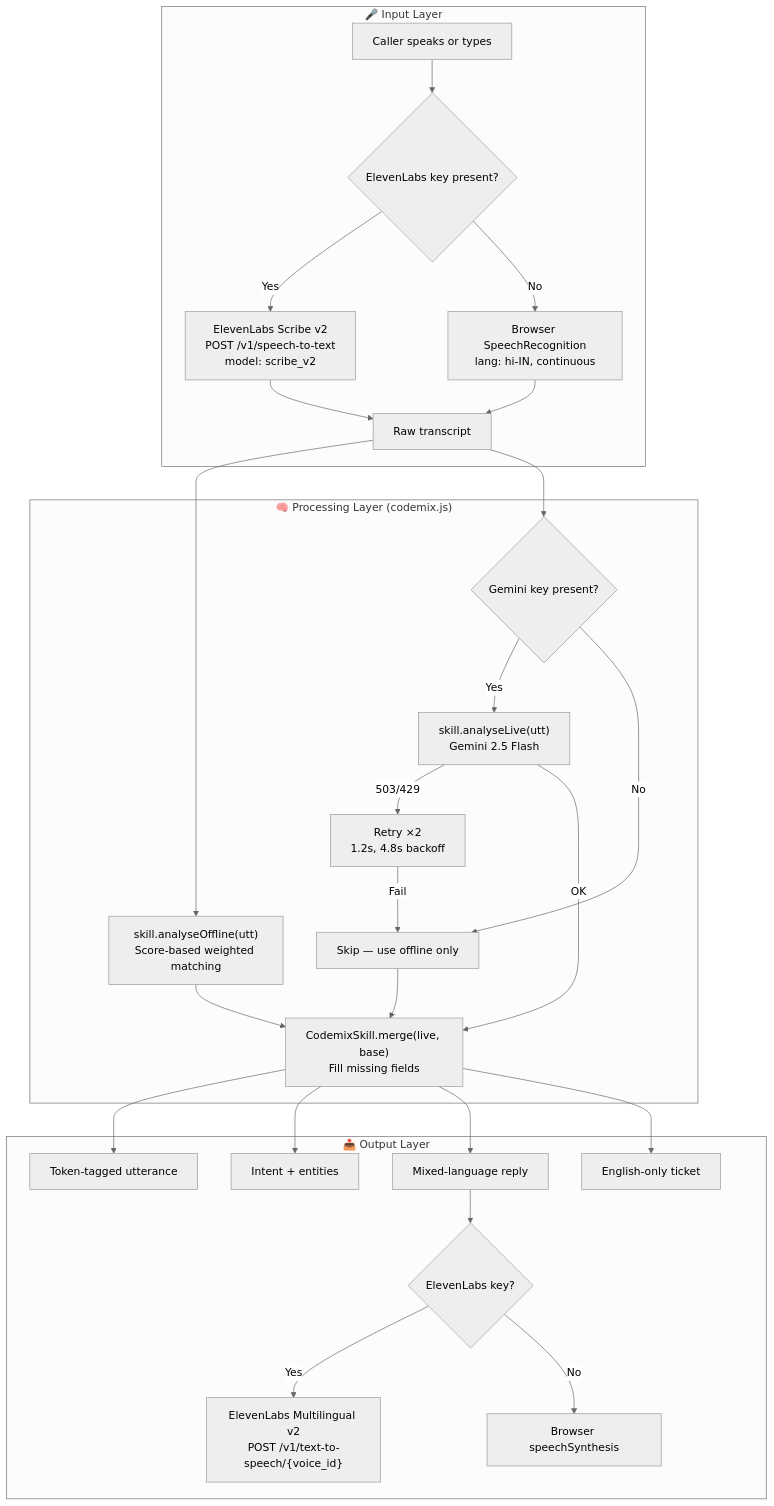
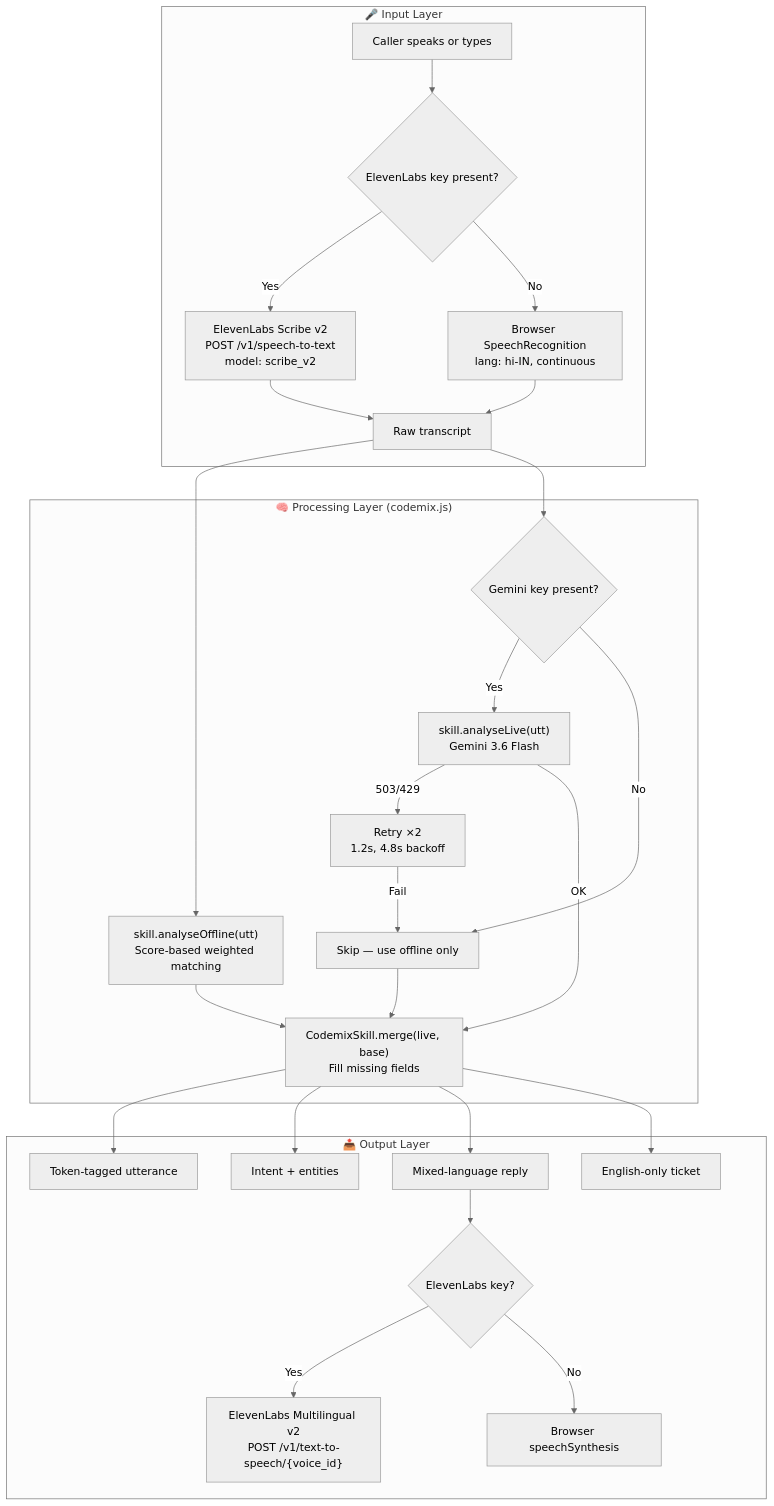
The diagram in ARCHITECTURE.md (ramanathanmani/great-agent-hackathon-2026), drawn with Mermaid (neutral theme) before and after one commit. The commit also changed 6 other files, not shown here.

First line of the commit message:
Default Gemini model to gemini-3.6-flash

````diff
--- a/ARCHITECTURE.md
+++ b/ARCHITECTURE.md
@@ -13,33 +13,33 @@
 ```mermaid
 graph TD
     subgraph Input ["🎤 Input Layer"]
         A["Caller speaks or types"]
         A --> B{"ElevenLabs key present?"}
         B -->|Yes| C["ElevenLabs Scribe v2<br/>POST /v1/speech-to-text<br/>model: scribe_v2"]
         B -->|No| D["Browser SpeechRecognition<br/>lang: hi-IN, continuous"]
         C --> E["Raw transcript"]
         D --> E
     end
 
     subgraph Process ["🧠 Processing Layer (codemix.js)"]
         E --> F["skill.analyseOffline(utt)<br/>Score-based weighted matching"]
         E --> G{"Gemini key present?"}
-        G -->|Yes| H["skill.analyseLive(utt)<br/>Gemini 2.5 Flash"]
+        G -->|Yes| H["skill.analyseLive(utt)<br/>Gemini 3.6 Flash"]
         G -->|No| I["Skip — use offline only"]
         H -->|"503/429"| J["Retry ×2<br/>1.2s, 4.8s backoff"]
         J -->|Fail| I
         H -->|OK| K["CodemixSkill.merge(live, base)<br/>Fill missing fields"]
         F --> K
         I --> K
     end
 
     subgraph Output ["📤 Output Layer"]
         K --> L["Token-tagged utterance"]
         K --> M["Intent + entities"]
         K --> N["Mixed-language reply"]
         K --> O["English-only ticket"]
         N --> P{"ElevenLabs key?"}
         P -->|Yes| Q["ElevenLabs Multilingual v2<br/>POST /v1/text-to-speech/{voice_id}"]
         P -->|No| R["Browser speechSynthesis"]
     end
 ```
````
